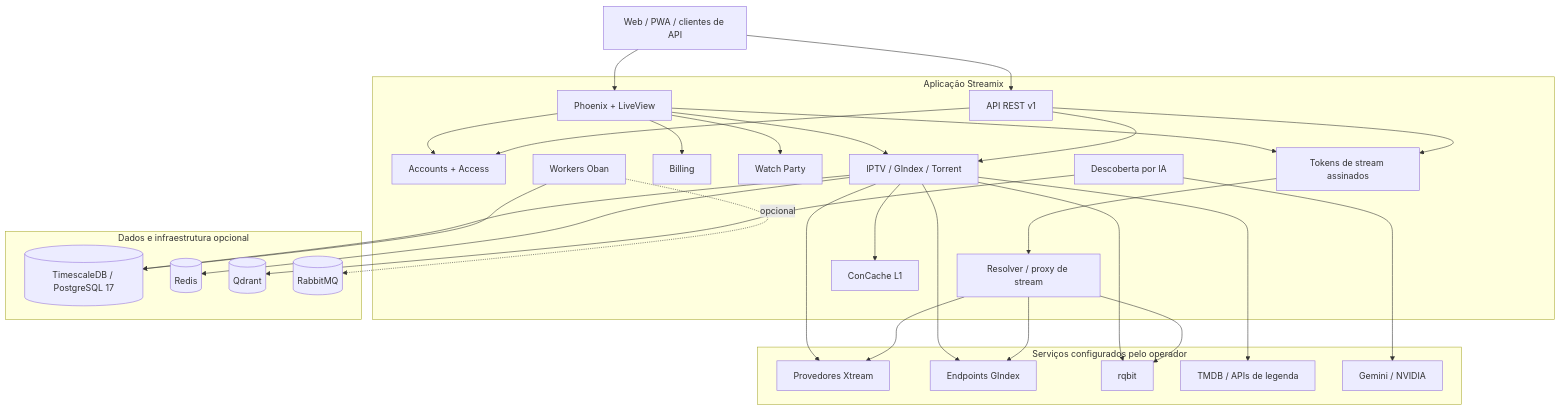
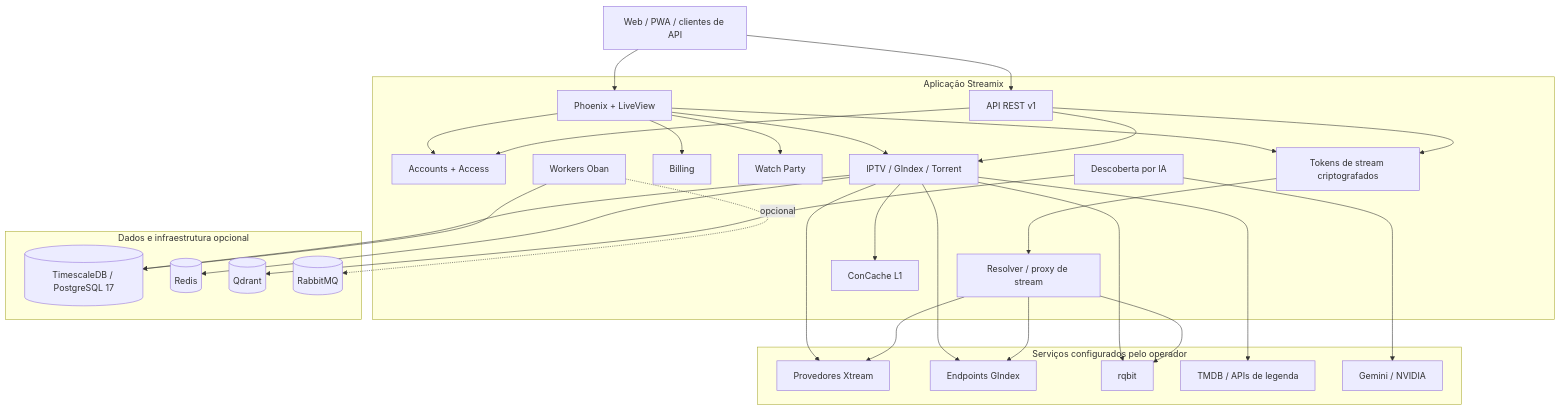
The first of 2 diagrams in README.pt.md (gabrielmaialva33/streamix), drawn with Mermaid before and after one commit. The commit also changed other lines of this file and 6 other files, not shown here.

First line of the commit message:
docs(privacy): threat model, architecture constraints and migration guide

````diff
--- a/README.pt.md
+++ b/README.pt.md
@@ -119,59 +122,59 @@
 ```mermaid
 graph TD
     CLIENTS[Web / PWA / clientes de API]
 
     subgraph APP["Aplicação Streamix"]
         WEB[Phoenix + LiveView]
         API[API REST v1]
         AUTH[Accounts + Access]
         CATALOG[IPTV / GIndex / Torrent]
         BILL[Billing]
         PARTY[Watch Party]
         AI[Descoberta por IA]
-        TOKEN[Tokens de stream assinados]
+        TOKEN[Tokens de stream criptografados]
         DELIVERY[Resolver / proxy de stream]
         JOBS[Workers Oban]
         L1[ConCache L1]
     end
 
     subgraph DATA["Dados e infraestrutura opcional"]
         DB[(TimescaleDB / PostgreSQL 17)]
         REDIS[(Redis)]
         QDRANT[(Qdrant)]
         RMQ[(RabbitMQ)]
     end
 
     subgraph SOURCES["Serviços configurados pelo operador"]
         XT[Provedores Xtream]
         GIDX[Endpoints GIndex]
         RQBIT[rqbit]
         TMDB[TMDB / APIs de legenda]
         EMB[Gemini / NVIDIA]
     end
 
     CLIENTS --> WEB
     CLIENTS --> API
     WEB --> AUTH
     WEB --> CATALOG
     WEB --> BILL
     WEB --> PARTY
     API --> AUTH
     API --> CATALOG
     CATALOG --> DB
     CATALOG --> L1
     CATALOG --> REDIS
     CATALOG --> XT
     CATALOG --> GIDX
     CATALOG --> RQBIT
     CATALOG --> TMDB
     WEB --> TOKEN
     API --> TOKEN
     TOKEN --> DELIVERY
     DELIVERY --> XT
     DELIVERY --> GIDX
     DELIVERY --> RQBIT
     AI --> EMB
     AI --> QDRANT
     JOBS --> DB
     JOBS -. opcional .-> RMQ
 ```
````
